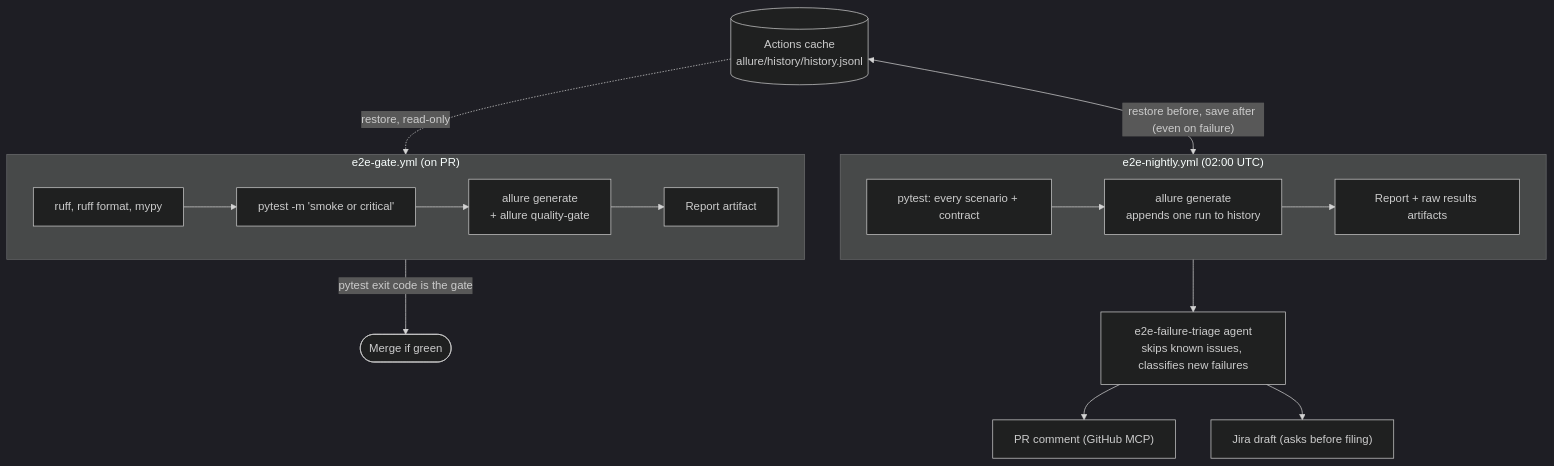
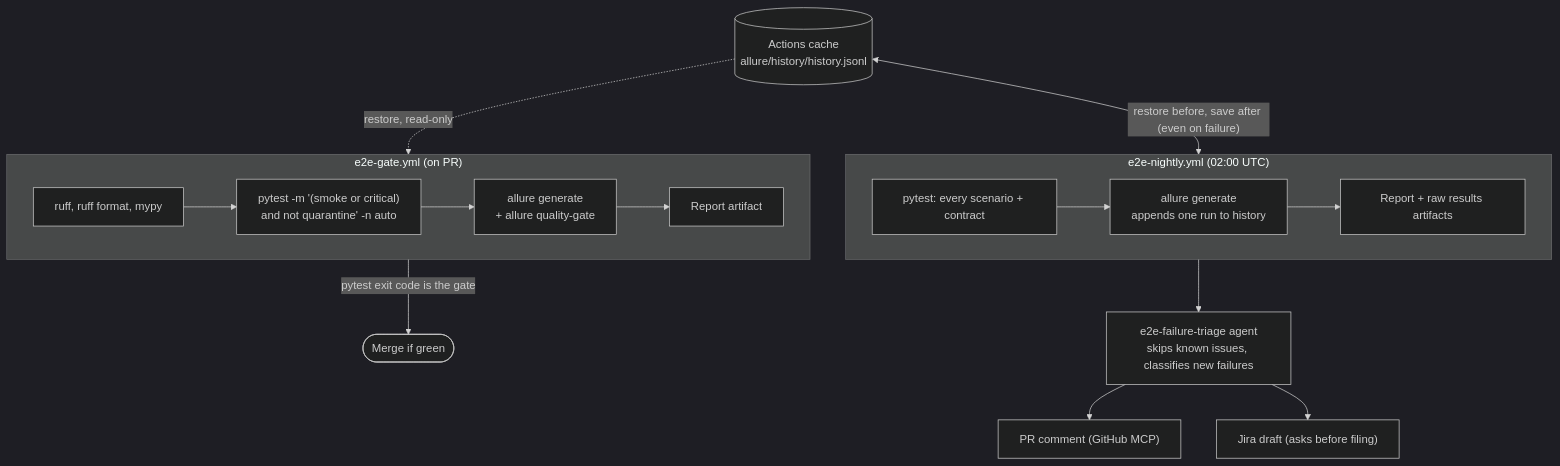
One commit to daniel-monty/automation changed the second of 2 diagrams in README.md. Above: the diagram before and after it, drawn with Mermaid (dark theme). The commit also changed other lines of this file and 4 other files, not shown here.

````diff
--- a/README.md
+++ b/README.md
@@ -460,20 +460,20 @@
 ```mermaid
 flowchart TB
     subgraph GATE["e2e-gate.yml (on PR)"]
         direction LR
-        G1["ruff, ruff format, mypy"] --> G2["pytest -m 'smoke or critical'"]
+        G1["ruff, ruff format, mypy"] --> G2["pytest -m '(smoke or critical)<br/>and not quarantine' -n auto"]
         G2 --> G3["allure generate<br/>+ allure quality-gate"] --> G4["Report artifact"]
     end
     GATE -->|"pytest exit code is the gate"| MERGE(["Merge if green"])
     CACHE[("Actions cache<br/>allure/history/history.jsonl")]
     CACHE -.->|"restore, read-only"| GATE
     subgraph NIGHT["e2e-nightly.yml (02:00 UTC)"]
         direction LR
         N1["pytest: every scenario + contract"] --> N2["allure generate<br/>appends one run to history"]
         N2 --> N3["Report + raw results artifacts"]
     end
     CACHE <-->|"restore before, save after (even on failure)"| NIGHT
     NIGHT --> TRI["e2e-failure-triage agent<br/>skips known issues, classifies new failures"]
     TRI --> PRC["PR comment (GitHub MCP)"]
     TRI --> JIRA["Jira draft (asks before filing)"]
 ```
````
